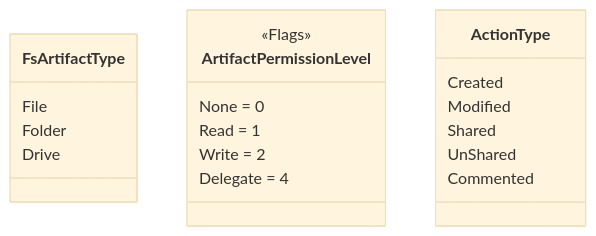
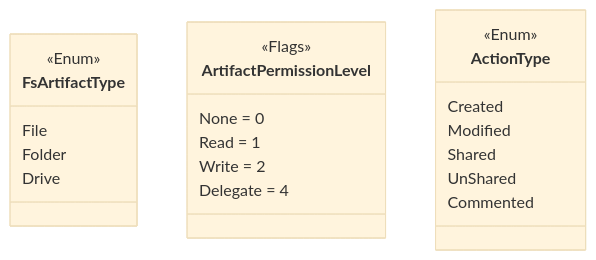
The first of 5 diagrams in docs/fula-client-overview.md (functionland/fx-files), drawn with Mermaid (base theme) before and after one commit. The commit also changed other lines of this file, not shown here.

Commit message:
Fix class diagram annotations. ab#839

````diff
--- a/docs/fula-client-overview.md
+++ b/docs/fula-client-overview.md
@@ -3,24 +3,27 @@
 ```mermaid
 classDiagram
+
 class FsArtifactType{
-File
-Folder
-Drive
+    <<Enum>>
+    File
+    Folder
+    Drive
 }
 
 class ArtifactPermissionLevel{
-<<Flags>>
-None = 0
-Read = 1
-Write = 2
-Delegate = 4
+    <<Flags>>
+    None = 0
+    Read = 1
+    Write = 2
+    Delegate = 4
 }
 
 class ActionType{
+    <<Enum>>
     Created
     Modified
     Shared
     UnShared
     Commented
 }
 ```
````
